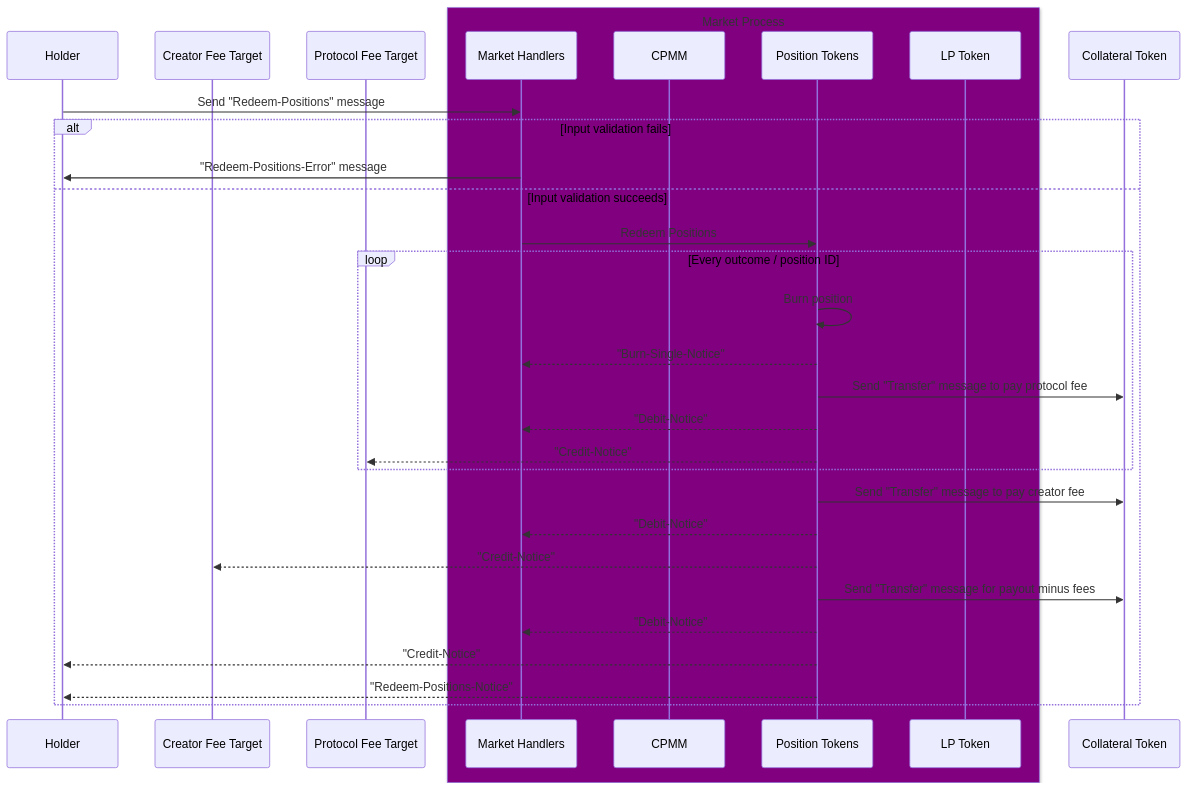
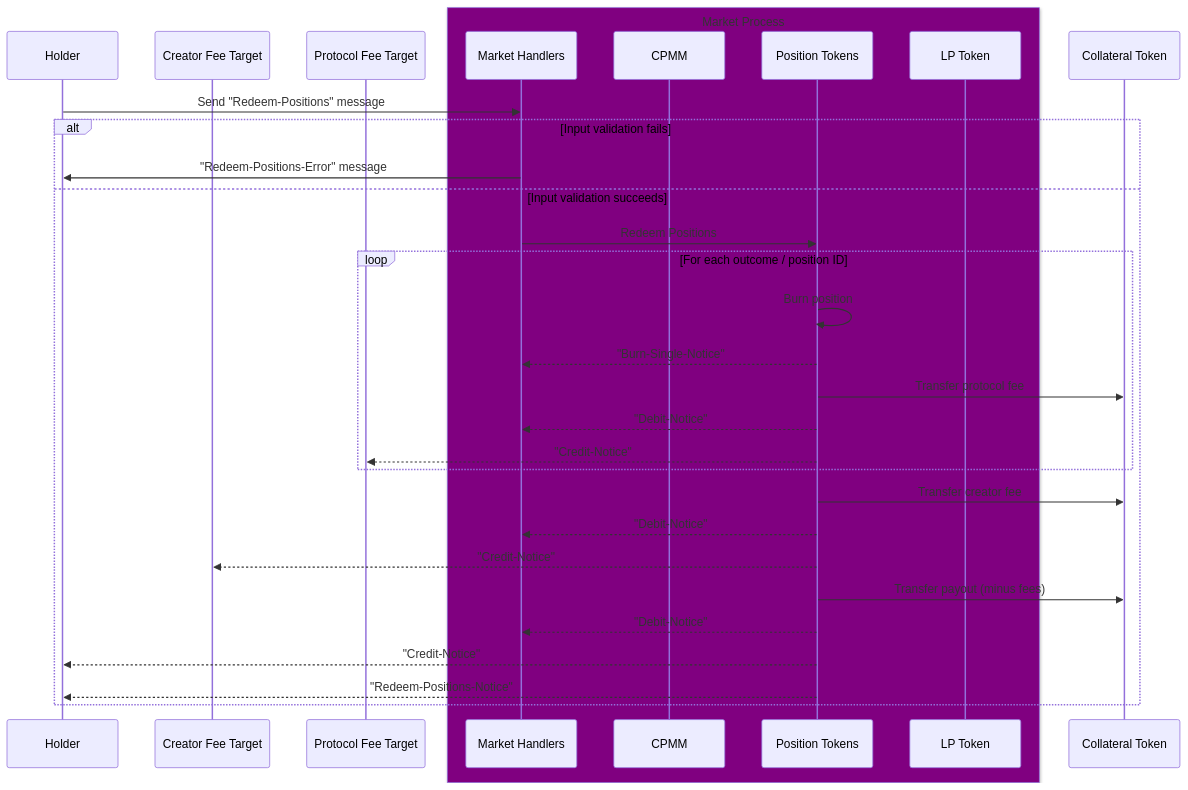
Before and after one commit to outcome-gg/outcome-protocol: the diagram in docs/06-market-resolution/redeemPositions.md, drawn with Mermaid. The commit also changed 24 other files, not shown here.

Commit message:
Updated diagrams and refactoring

````diff
--- a/docs/06-market-resolution/redeemPositions.md
+++ b/docs/06-market-resolution/redeemPositions.md
@@ -1,35 +1,48 @@
 ```mermaid
 sequenceDiagram
 participant Holder
 participant Creator Fee Target
 participant Protocol Fee Target
 box Purple Market Process
-participant Market Handlers
-participant CPMM
-participant Position Tokens
-participant LP Token
+  participant Market Handlers
+  participant CPMM
+  participant Position Tokens
+  participant LP Token
 end
 participant Collateral Token
 
+%% 🟢 Redeem Request
+Holder ->> Market Handlers: Send "Redeem-Positions" message
 
-Holder ->> Market Handlers: Send "Redeem-Positions" message
 alt Input validation fails
+  %% ❌ Error Notice
   Market Handlers ->> Holder: "Redeem-Positions-Error" message
 else Input validation succeeds
   Market Handlers ->> Position Tokens: Redeem Positions
-  loop Every outcome / position ID
+
+  %% 🔄 Loop: Burn each Position Token
+  loop For each outcome / position ID
     Position Tokens ->> Position Tokens: Burn position
     Position Tokens -->> Market Handlers: "Burn-Single-Notice"
-    Position Tokens ->> Collateral Token: Send "Transfer" message to pay protocol fee
+
+    %% 💵 Protocol Fee Deduction
+    Position Tokens ->> Collateral Token: Transfer protocol fee
     Position Tokens -->> Market Handlers: "Debit-Notice"
     Position Tokens -->> Protocol Fee Target: "Credit-Notice"
   end
-  Position Tokens ->> Collateral Token: Send "Transfer" message to pay creator fee
+
+  %% 💵 Creator Fee Deduction
+  Position Tokens ->> Collateral Token: Transfer creator fee
   Position Tokens -->> Market Handlers: "Debit-Notice"
   Position Tokens -->> Creator Fee Target: "Credit-Notice"
-  Position Tokens ->> Collateral Token: Send "Transfer" message for payout minus fees
+
+  %% 💰 Final Payout to Holder (Minus Fees)
+  Position Tokens ->> Collateral Token: Transfer payout (minus fees)
   Position Tokens -->> Market Handlers: "Debit-Notice"
   Position Tokens -->> Holder: "Credit-Notice"
+
+  %% ✅ Completion Notice
   Position Tokens -->> Holder: "Redeem-Positions-Notice"
 end
+
 ```
````
